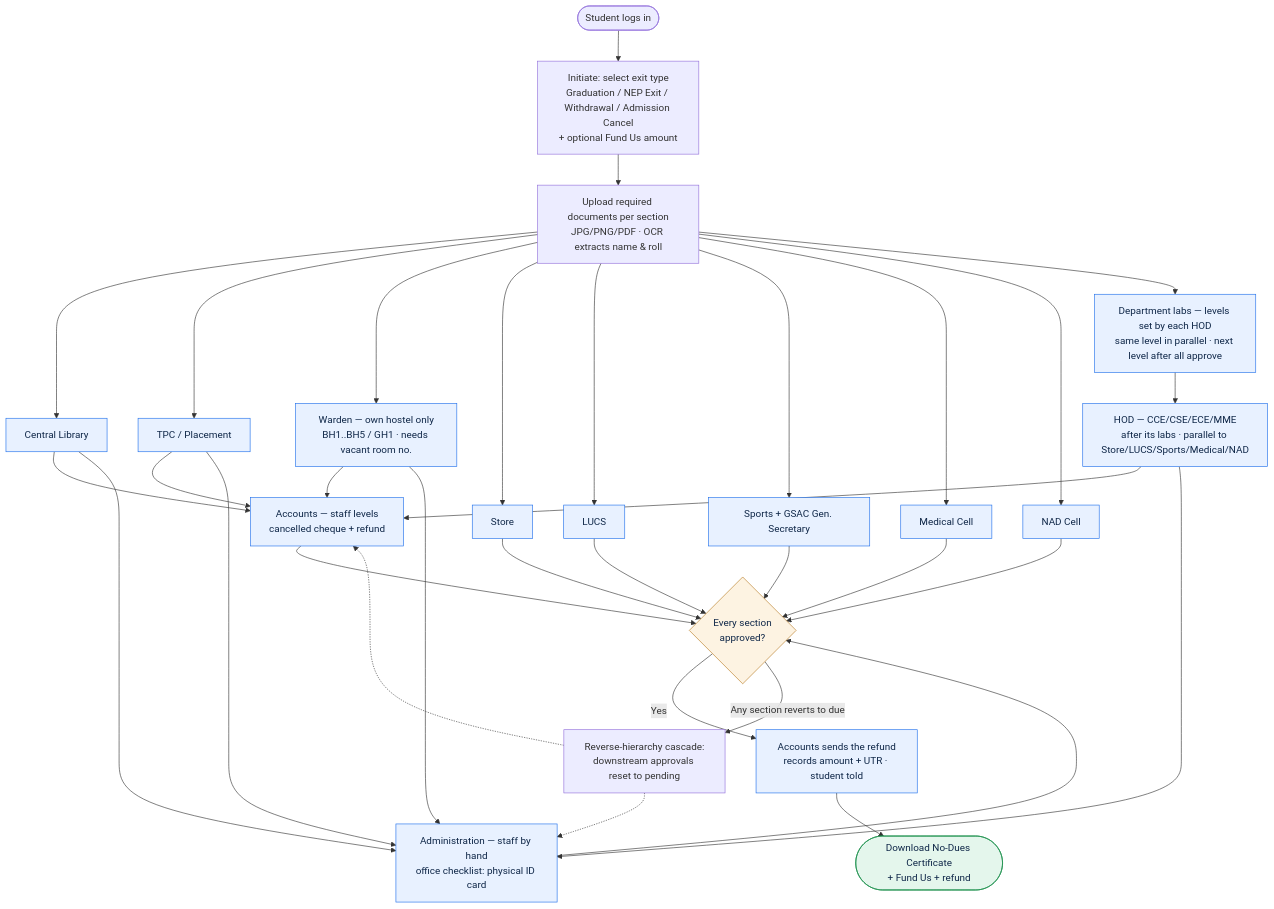
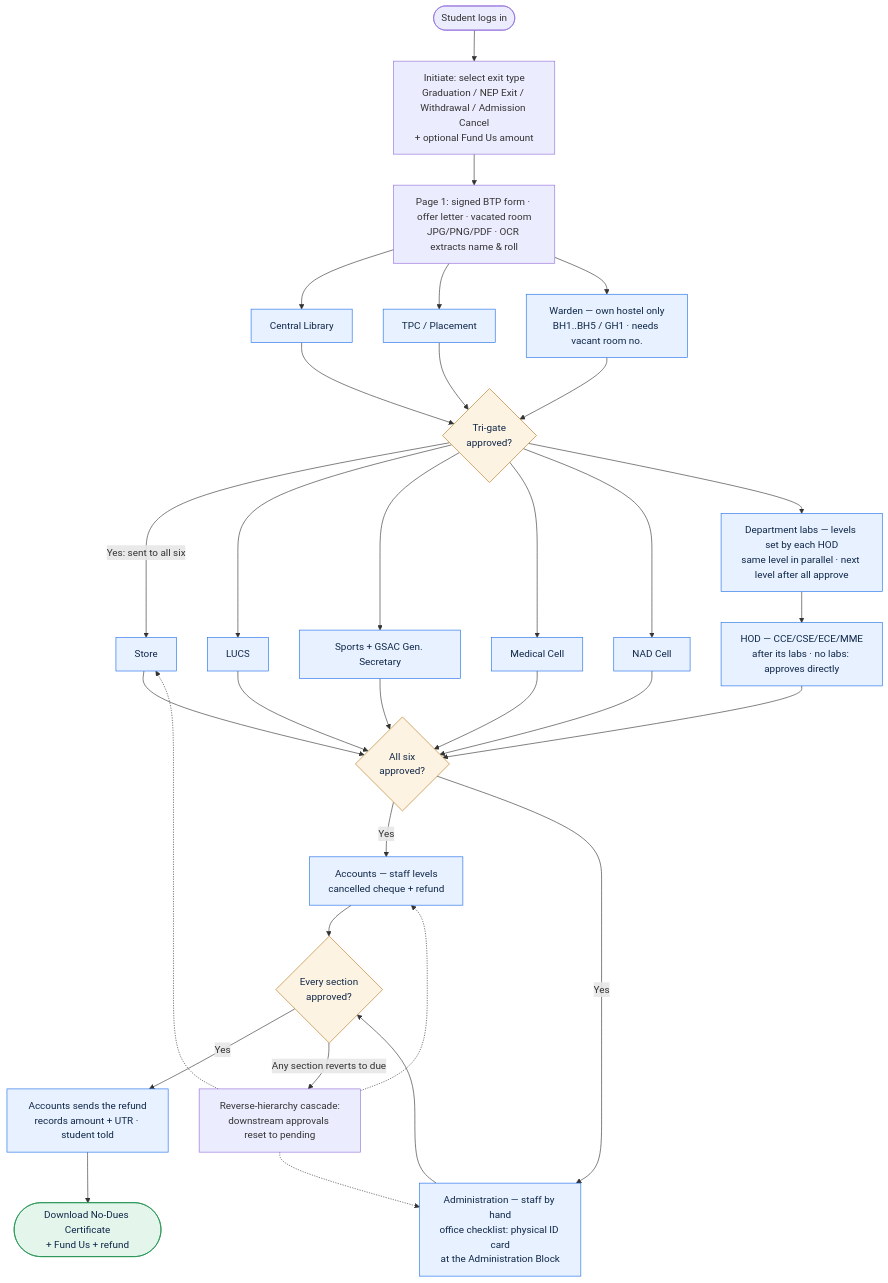
The first of 6 diagrams in docs/DESIGN.md (manashatwar/LNMIIT-NO-DUES-PORTAL), drawn with Mermaid before and after one commit. The commit also changed other lines of this file, not shown here.

````diff
--- a/docs/DESIGN.md
+++ b/docs/DESIGN.md
@@ -27,45 +33,46 @@
 ```mermaid
 flowchart TD
     A([Student logs in]) --> B[Initiate: select exit type<br/>Graduation / NEP Exit / Withdrawal / Admission Cancel<br/>+ optional Fund Us amount]
-    B --> C[Upload required documents per section<br/>JPG/PNG/PDF · OCR extracts name & roll]
+    B --> C[Page 1: signed BTP form · offer letter · vacated room<br/>JPG/PNG/PDF · OCR extracts name & roll]
 
     C --> LIB[Central Library]
     C --> TPC[TPC / Placement]
     C --> WAR[Warden — own hostel only<br/>BH1..BH5 / GH1 · needs vacant room no.]
-    C --> STO[Store]
-    C --> LUCS[LUCS]
-    C --> SPO[Sports + GSAC Gen. Secretary]
-    C --> MED[Medical Cell]
-    C --> NAD[NAD Cell]
-    C --> LABS[Department labs — levels set by each HOD<br/>same level in parallel · next level after all approve]
-    LABS --> HOD[HOD — CCE/CSE/ECE/MME<br/>after its labs · parallel to Store/LUCS/Sports/Medical/NAD]
+    LIB --> TG{Tri-gate<br/>approved?}
+    TPC --> TG
+    WAR --> TG
 
-    LIB --> ACC[Accounts — staff levels<br/>cancelled cheque + refund]
-    TPC --> ACC
-    WAR --> ACC
-    HOD --> ACC
-    LIB --> ADM[Administration — staff by hand<br/>office checklist: physical ID card]
-    TPC --> ADM
-    WAR --> ADM
-    HOD --> ADM
+    TG -->|Yes: sent to all six| STO[Store]
+    TG --> LUCS[LUCS]
+    TG --> SPO[Sports + GSAC Gen. Secretary]
+    TG --> MED[Medical Cell]
+    TG --> NAD[NAD Cell]
+    TG --> LABS[Department labs — levels set by each HOD<br/>same level in parallel · next level after all approve]
+    LABS --> HOD[HOD — CCE/CSE/ECE/MME<br/>after its labs · no labs: approves directly]
+
+    STO --> DEP{All six<br/>approved?}
+    LUCS --> DEP
+    SPO --> DEP
+    MED --> DEP
+    NAD --> DEP
+    HOD --> DEP
+
+    DEP -->|Yes| ACC[Accounts — staff levels<br/>cancelled cheque + refund]
+    DEP -->|Yes| ADM[Administration — staff by hand<br/>office checklist: physical ID card<br/>at the Administration Block]
 
     ACC --> ALL{Every section<br/>approved?}
     ADM --> ALL
-    STO --> ALL
-    LUCS --> ALL
-    SPO --> ALL
-    MED --> ALL
-    NAD --> ALL
     ALL -->|Yes| REF[Accounts sends the refund<br/>records amount + UTR · student told]
     REF --> CERT([Download No-Dues Certificate<br/>+ Fund Us + refund])
     ALL -->|Any section reverts to due| RC[Reverse-hierarchy cascade:<br/>downstream approvals reset to pending]
+    RC -.-> STO
     RC -.-> ACC
     RC -.-> ADM
 
     classDef sec fill:#e8f1ff,stroke:#1f6feb,color:#0f2748;
     classDef gate fill:#fdf3e2,stroke:#b7791f,color:#0f2748;
     classDef done fill:#e4f6ec,stroke:#1a8f4c,color:#0f2748;
     class LIB,TPC,WAR,STO,LUCS,SPO,MED,NAD,LABS,HOD,ACC,ADM,REF sec;
-    class ALL gate;
+    class TG,DEP,ALL gate;
     class CERT done;
 ```
````
